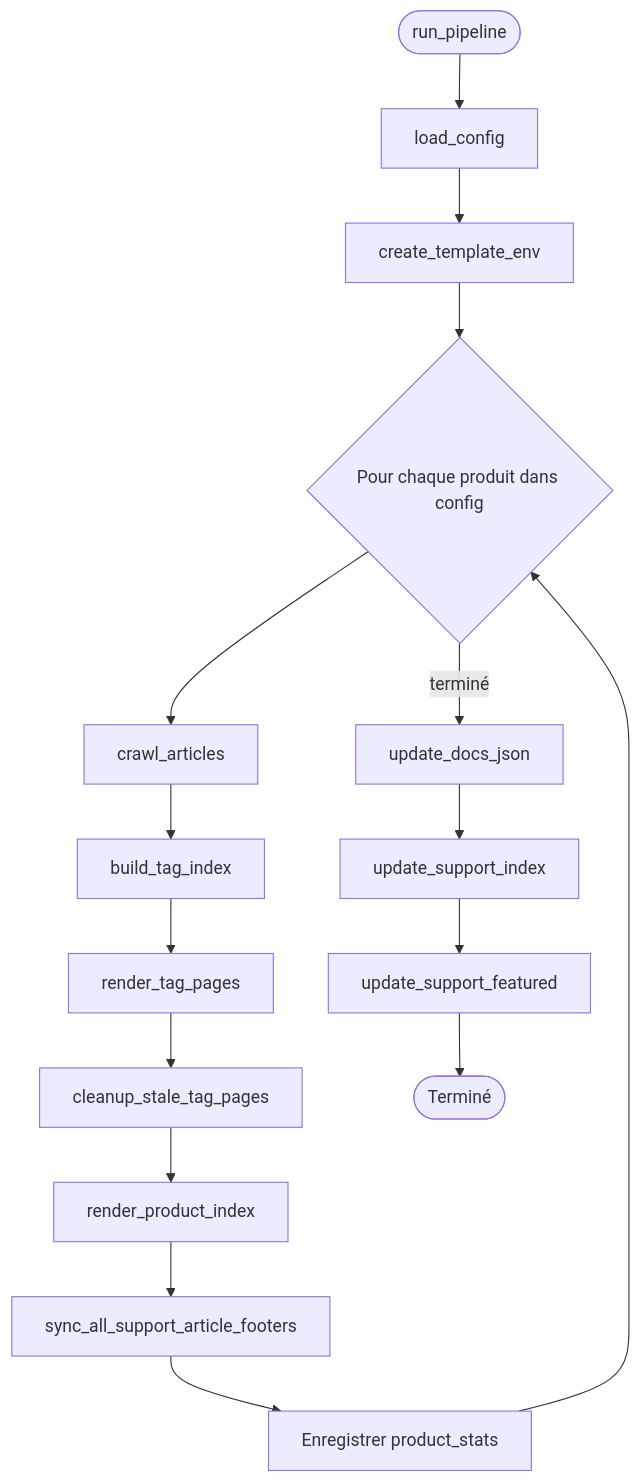
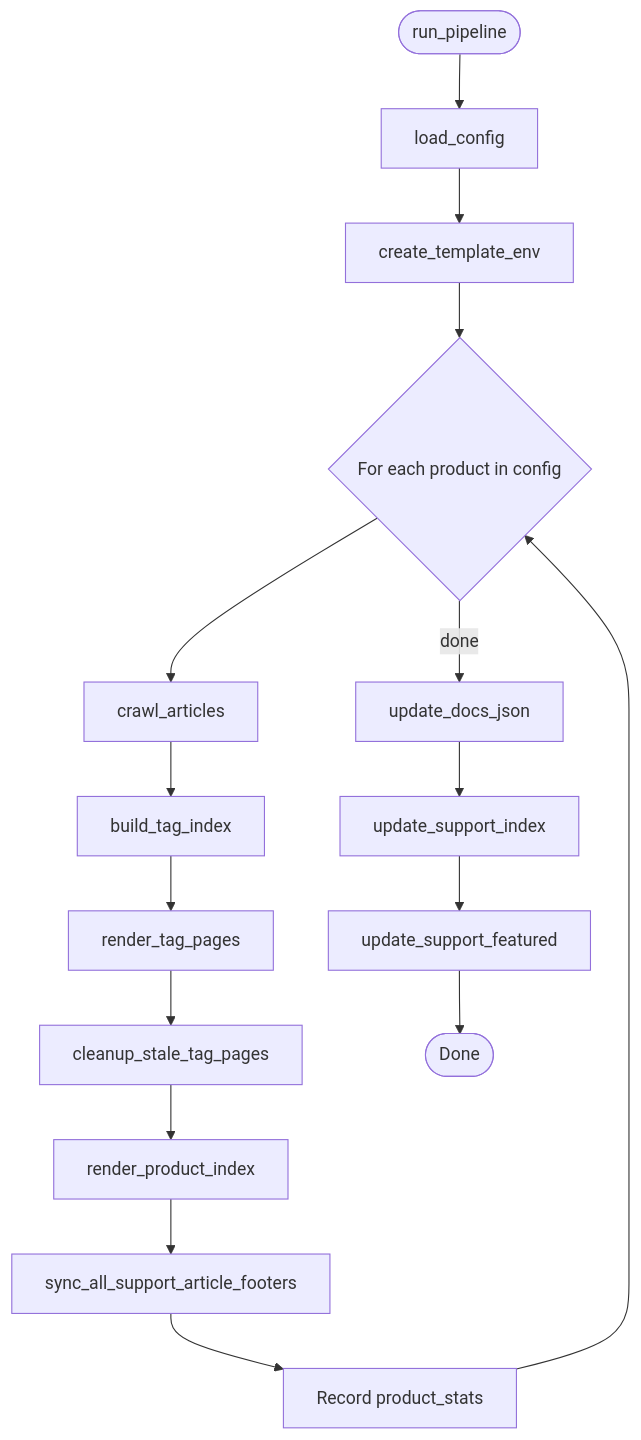
The third of 4 diagrams in fr/scripts/knowledgebase-nav/Architecture.md (wandb/docs), drawn with Mermaid before and after one commit. The commit also changed other lines of this file and 2852 other files, not shown here.

````diff
--- a/fr/scripts/knowledgebase-nav/Architecture.md
+++ b/fr/scripts/knowledgebase-nav/Architecture.md
@@ -69,18 +69,18 @@
 ```mermaid
 flowchart TD
   START([run_pipeline]) --> LOAD[load_config]
   LOAD --> JINJA[create_template_env]
-  JINJA --> LOOP{Pour chaque produit dans config}
+  JINJA --> LOOP{For each product in config}
   LOOP --> P1[crawl_articles]
   P1 --> P2[build_tag_index]
   P2 --> P3[render_tag_pages]
   P3 --> P3b[cleanup_stale_tag_pages]
   P3b --> P4[render_product_index]
   P4 --> P5[sync_all_support_article_footers]
-  P5 --> P6[Enregistrer product_stats]
+  P5 --> P6[Record product_stats]
   P6 --> LOOP
-  LOOP -->|terminé| P7[update_docs_json]
+  LOOP -->|done| P7[update_docs_json]
   P7 --> P8[update_support_index]
   P8 --> P9[update_support_featured]
-  P9 --> DONE([Terminé])
+  P9 --> DONE([Done])
 ```
````
